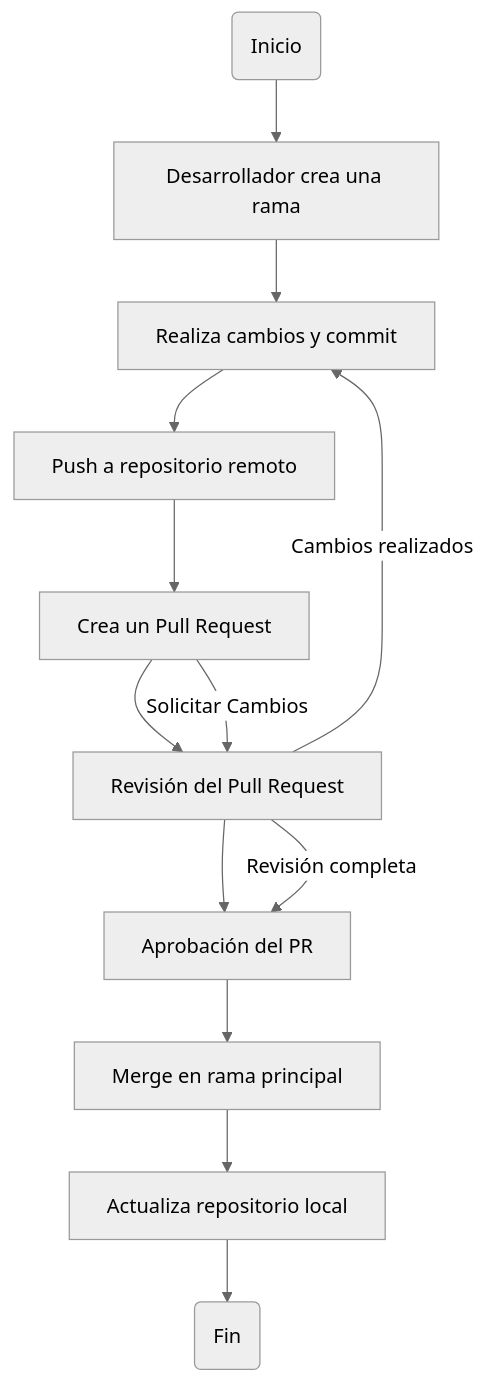
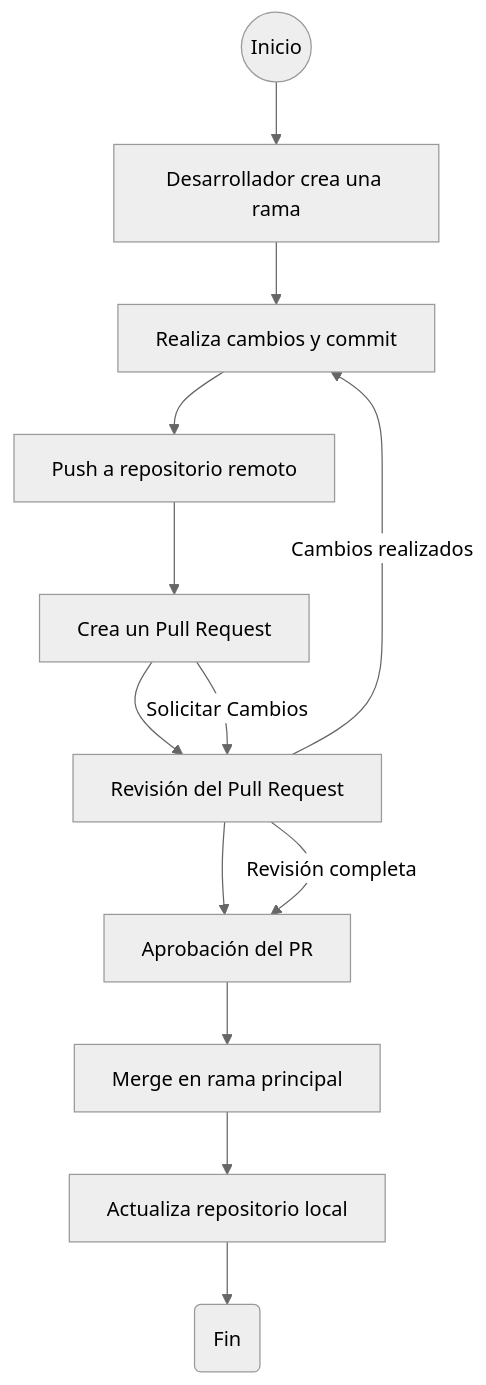
Before and after one commit to Analisis-y-metodologia-de-sistemas-2024/DiagramaPullRequest: the diagram in README.md, drawn with Mermaid (neutral theme).

````diff
--- a/README.md
+++ b/README.md
@@ -2,16 +2,16 @@
 ```mermaid
 flowchart TD
-    X(Inicio) --> A[Desarrollador crea una rama]
+    X((Inicio)) --> A[Desarrollador crea una rama]
     A --> B[Realiza cambios y commit]
     B --> C[Push a repositorio remoto]
     C --> D[Crea un Pull Request]
     D --> E[Revisión del Pull Request]
     E --> F[Aprobación del PR]
     F --> G[Merge en rama principal]
     G --> H[Actualiza repositorio local]
     H --> I(Fin)
     
     D -->|Solicitar Cambios| E
     E -->|Cambios realizados| B
     E -->|Revisión completa| F
 ```
````
